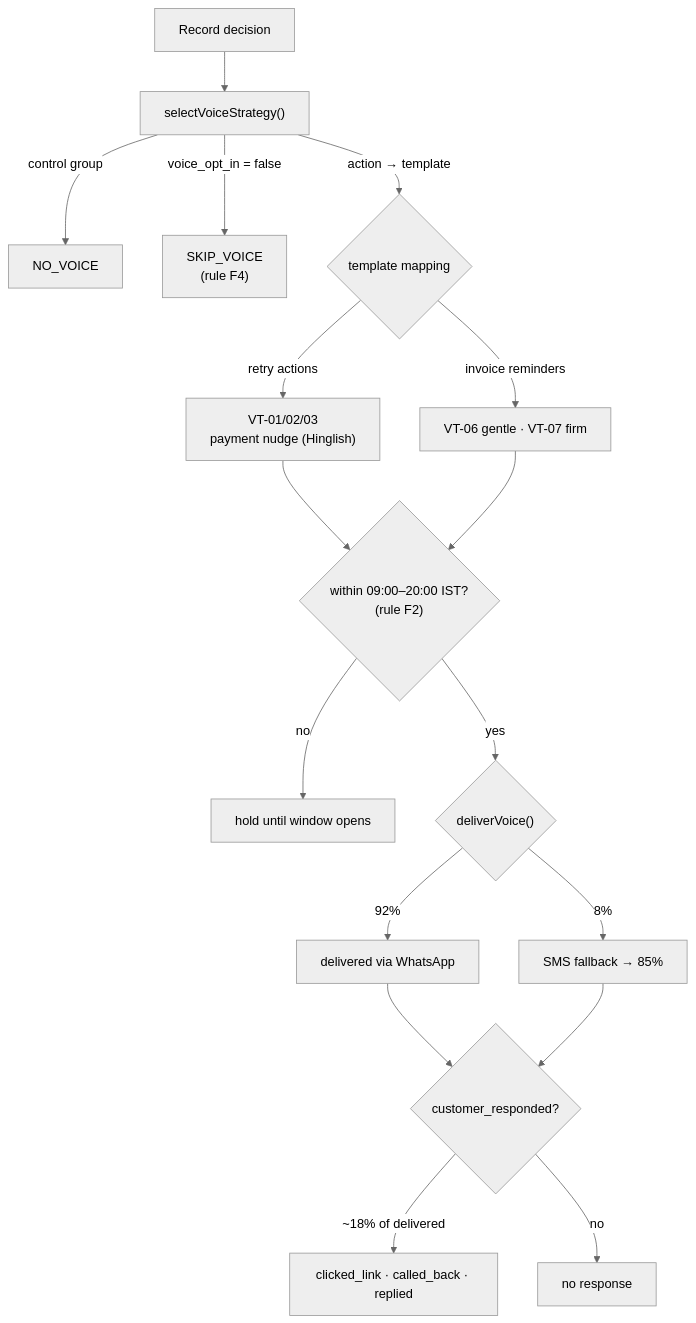
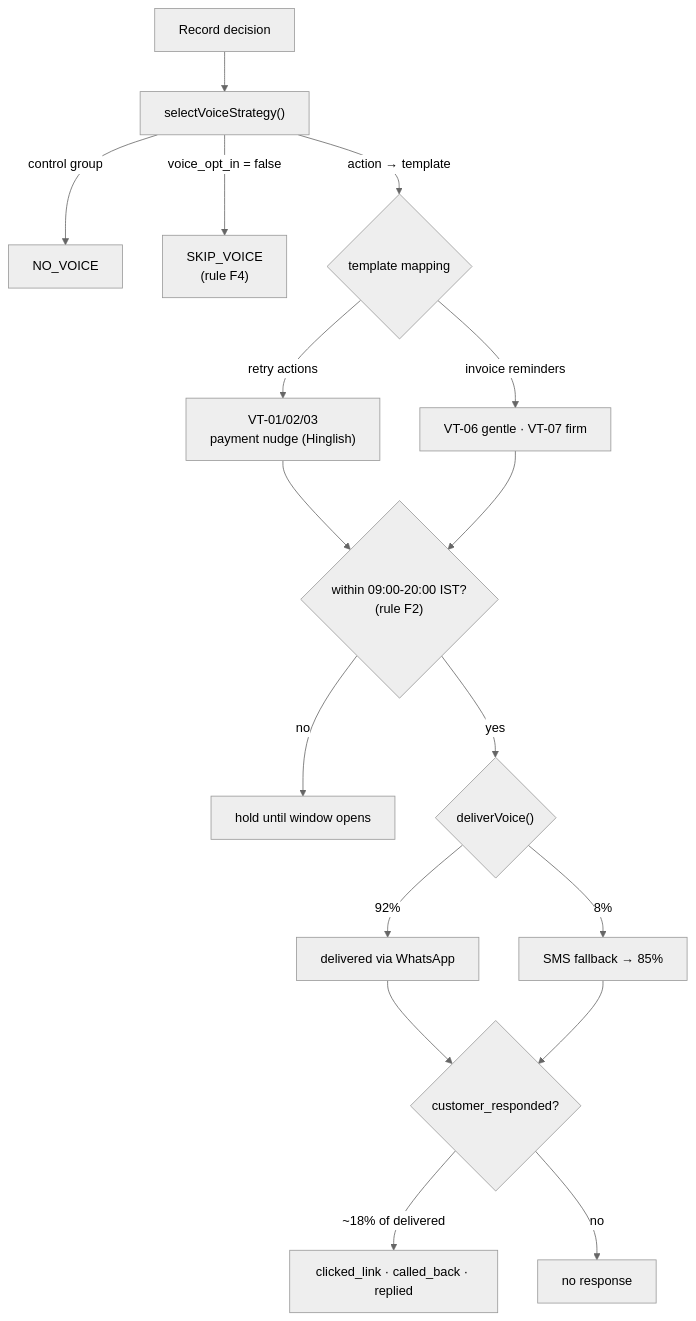
Before and after one commit to Samyra312007/ReviveAI: diagram 11 of 23 in README.md, drawn with Mermaid (neutral theme). The commit also changed other lines of this file, not shown here.

First line of the commit message:
docs: remove Roadmap section and drop all dash punctuation from README

````diff
--- a/README.md
+++ b/README.md
@@ -465,17 +464,17 @@
 ```mermaid
 flowchart TB
     DEC["Record decision"] --> VS["selectVoiceStrategy()"]
     VS -->|"control group"| NOV["NO_VOICE"]
     VS -->|"voice_opt_in = false"| SKV["SKIP_VOICE<br/>(rule F4)"]
     VS -->|"action → template"| TMP{"template mapping"}
     TMP -->|"retry actions"| V01["VT-01/02/03<br/>payment nudge (Hinglish)"]
     TMP -->|"invoice reminders"| V06["VT-06 gentle · VT-07 firm"]
-    V01 & V06 --> WIN{"within 09:00–20:00 IST?<br/>(rule F2)"}
+    V01 & V06 --> WIN{"within 09:00-20:00 IST?<br/>(rule F2)"}
     WIN -->|"no"| HOLD["hold until window opens"]
     WIN -->|"yes"| DLV{"deliverVoice()"}
     DLV -->|"92%"| WAP["delivered via WhatsApp"]
     DLV -->|"8%"| SMSF["SMS fallback → 85%"]
     WAP & SMSF --> RESP{"customer_responded?"}
     RESP -->|"~18% of delivered"| RESPT["clicked_link · called_back · replied"]
     RESP -->|no| NOP["no response"]
 ```
````
